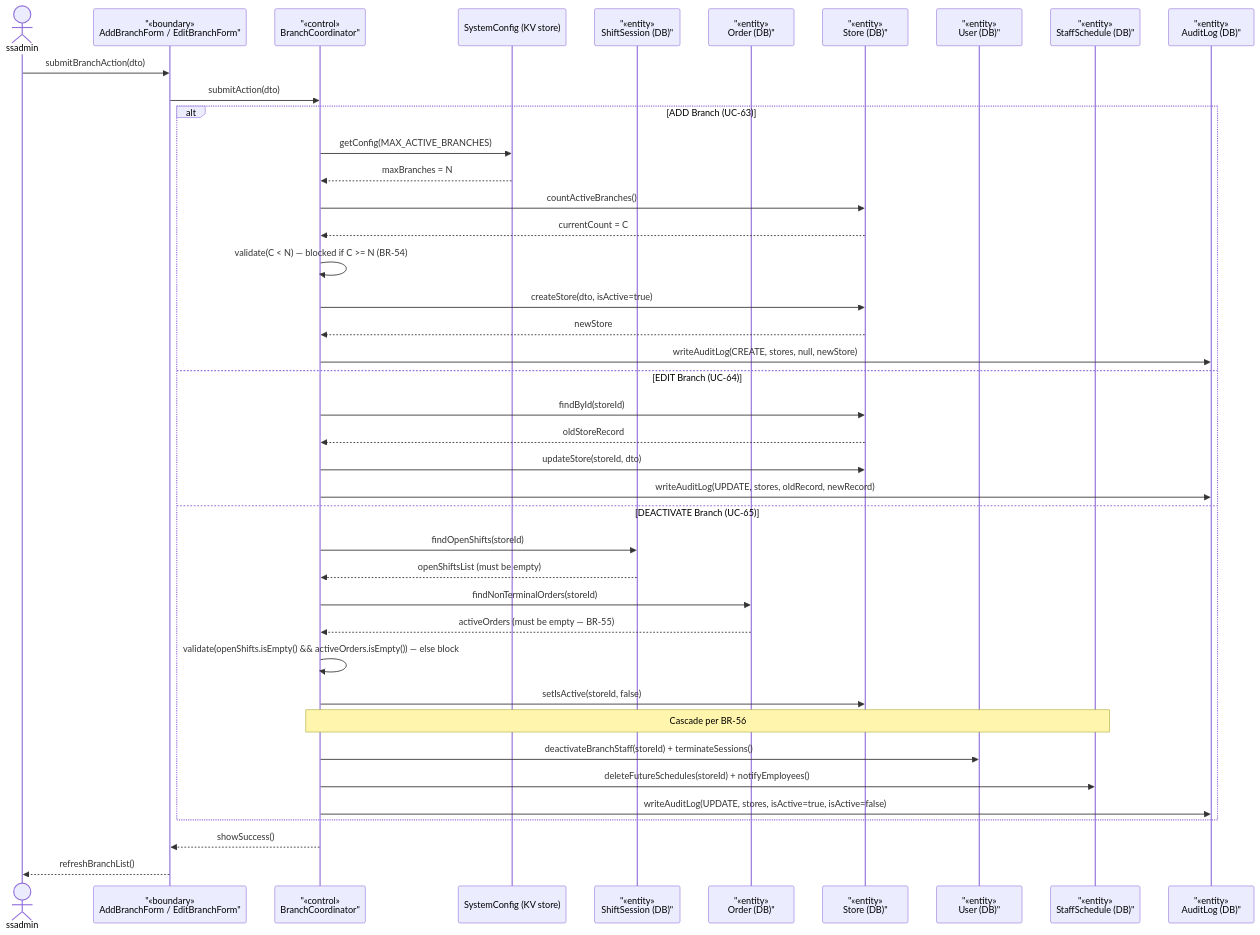
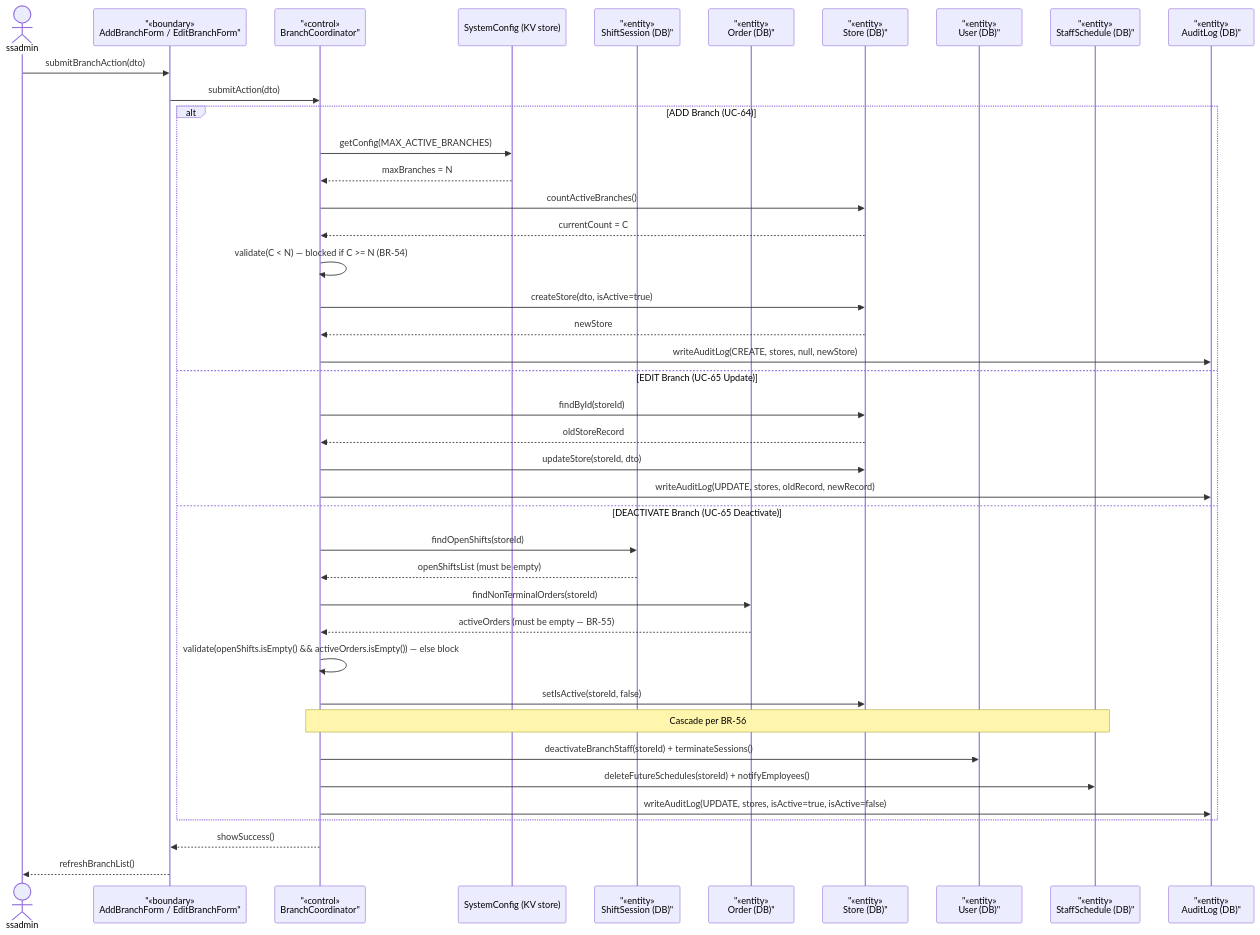
Before and after one commit to Shaichi/Khoga_coffe_shop: diagram 53 of 53 in RDS_Khoga_CoffeeShop_v1.0.md, drawn with Mermaid. The commit also changed 1 other file, not shown here.

Commit message:
docs(rds): Fix UC mapping in Branch Lifecycle sequence diagram

````diff
--- a/RDS_Khoga_CoffeeShop_v1.0.md
+++ b/RDS_Khoga_CoffeeShop_v1.0.md
@@ -2959,46 +2959,46 @@
 ```mermaid
 sequenceDiagram
     actor ssadmin
 participant BranchForm as "«boundary»<br/>AddBranchForm / EditBranchForm"
 participant BranchCoord as "«control»<br/>BranchCoordinator"
     participant ConfigDB as SystemConfig (KV store)
 participant ShiftDB as "«entity»<br/>ShiftSession (DB)"
 participant OrderDB as "«entity»<br/>Order (DB)"
 participant StoreDB as "«entity»<br/>Store (DB)"
 participant UserDB as "«entity»<br/>User (DB)"
 participant ScheduleDB as "«entity»<br/>StaffSchedule (DB)"
 participant AuditDB as "«entity»<br/>AuditLog (DB)"
 
     ssadmin->>BranchForm: submitBranchAction(dto)
     BranchForm->>BranchCoord: submitAction(dto)
 
-    alt ADD Branch (UC-63)
+    alt ADD Branch (UC-64)
         BranchCoord->>ConfigDB: getConfig(MAX_ACTIVE_BRANCHES)
         ConfigDB-->>BranchCoord: maxBranches = N
         BranchCoord->>StoreDB: countActiveBranches()
         StoreDB-->>BranchCoord: currentCount = C
         BranchCoord->>BranchCoord: validate(C < N) — blocked if C >= N (BR-54)
         BranchCoord->>StoreDB: createStore(dto, isActive=true)
         StoreDB-->>BranchCoord: newStore
         BranchCoord->>AuditDB: writeAuditLog(CREATE, stores, null, newStore)
-    else EDIT Branch (UC-64)
+    else EDIT Branch (UC-65 Update)
         BranchCoord->>StoreDB: findById(storeId)
         StoreDB-->>BranchCoord: oldStoreRecord
         BranchCoord->>StoreDB: updateStore(storeId, dto)
         BranchCoord->>AuditDB: writeAuditLog(UPDATE, stores, oldRecord, newRecord)
-    else DEACTIVATE Branch (UC-65)
+    else DEACTIVATE Branch (UC-65 Deactivate)
         BranchCoord->>ShiftDB: findOpenShifts(storeId)
         ShiftDB-->>BranchCoord: openShiftsList (must be empty)
         BranchCoord->>OrderDB: findNonTerminalOrders(storeId)
         OrderDB-->>BranchCoord: activeOrders (must be empty — BR-55)
         BranchCoord->>BranchCoord: validate(openShifts.isEmpty() && activeOrders.isEmpty()) — else block
         BranchCoord->>StoreDB: setIsActive(storeId, false)
         Note over BranchCoord, ScheduleDB: Cascade per BR-56
         BranchCoord->>UserDB: deactivateBranchStaff(storeId) + terminateSessions()
         BranchCoord->>ScheduleDB: deleteFutureSchedules(storeId) + notifyEmployees()
         BranchCoord->>AuditDB: writeAuditLog(UPDATE, stores, isActive=true, isActive=false)
     end
 
     BranchCoord-->>BranchForm: showSuccess()
     BranchForm-->>ssadmin: refreshBranchList()
 ```
````
